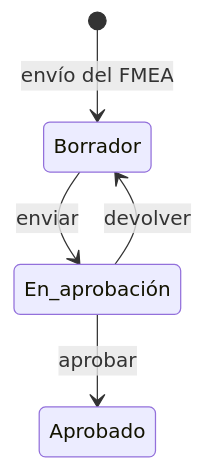
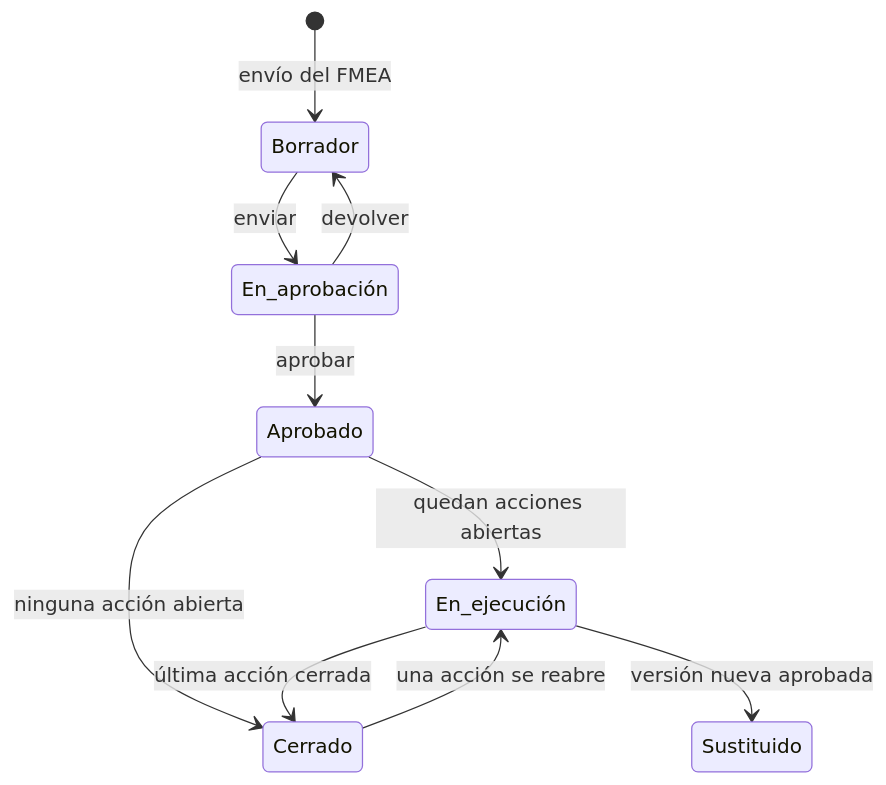
Before and after one commit to albarracingarciap/fluxion-saas: the diagram in docs/funcional/plan-de-tratamiento.md, drawn with Mermaid. The commit also changed other lines of this file and 29 other files, not shown here.

````diff
--- a/docs/funcional/plan-de-tratamiento.md
+++ b/docs/funcional/plan-de-tratamiento.md
@@ -172,7 +180,12 @@
 ```mermaid
 stateDiagram-v2
   [*] --> Borrador: envío del FMEA
   Borrador --> En_aprobación: enviar
+  En_aprobación --> Borrador: devolver
   En_aprobación --> Aprobado: aprobar
-  En_aprobación --> Borrador: devolver
+  Aprobado --> En_ejecución: quedan acciones abiertas
+  Aprobado --> Cerrado: ninguna acción abierta
+  En_ejecución --> Cerrado: última acción cerrada
+  Cerrado --> En_ejecución: una acción se reabre
+  En_ejecución --> Sustituido: versión nueva aprobada
 ```
````
